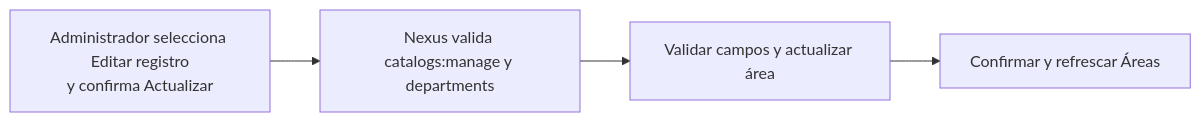
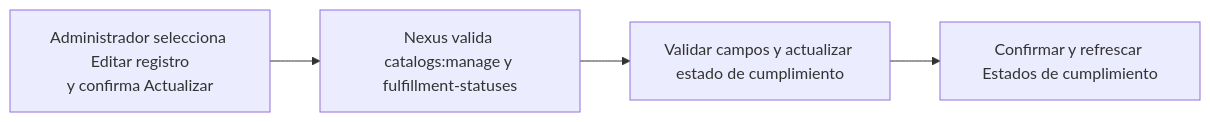
The diagram in docs/requirements/diagrams/catalogs/cu-cat-27.md (gpgsistemas01/nexus), drawn with Mermaid before and after one commit. The commit also changed other lines of this file and 287 other files, not shown here.

````diff
--- a/docs/requirements/diagrams/catalogs/cu-cat-27.md
+++ b/docs/requirements/diagrams/catalogs/cu-cat-27.md
@@ -3,6 +3,6 @@
 ```mermaid
 flowchart LR
-    request["Administrador selecciona Editar registro<br/>y confirma Actualizar"] --> authorize["Nexus valida catalogs:manage y departments"]
-    authorize --> persist["Validar campos y actualizar área"]
-    persist --> result["Confirmar y refrescar Áreas"]
+    request["Administrador selecciona Editar registro<br/>y confirma Actualizar"] --> authorize["Nexus valida catalogs:manage y fulfillment-statuses"]
+    authorize --> persist["Validar campos y actualizar estado de cumplimiento"]
+    persist --> result["Confirmar y refrescar Estados de cumplimiento"]
 ```
````
